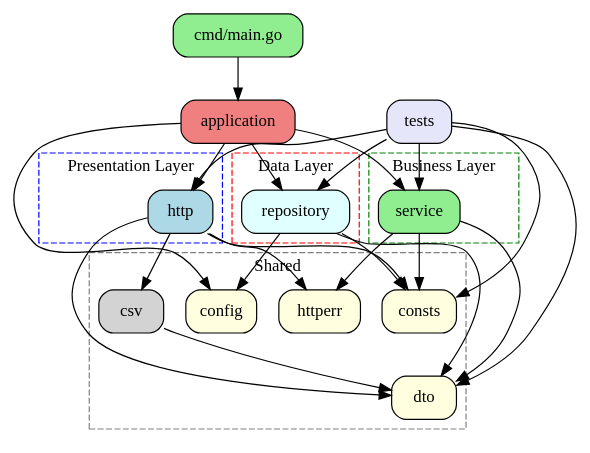
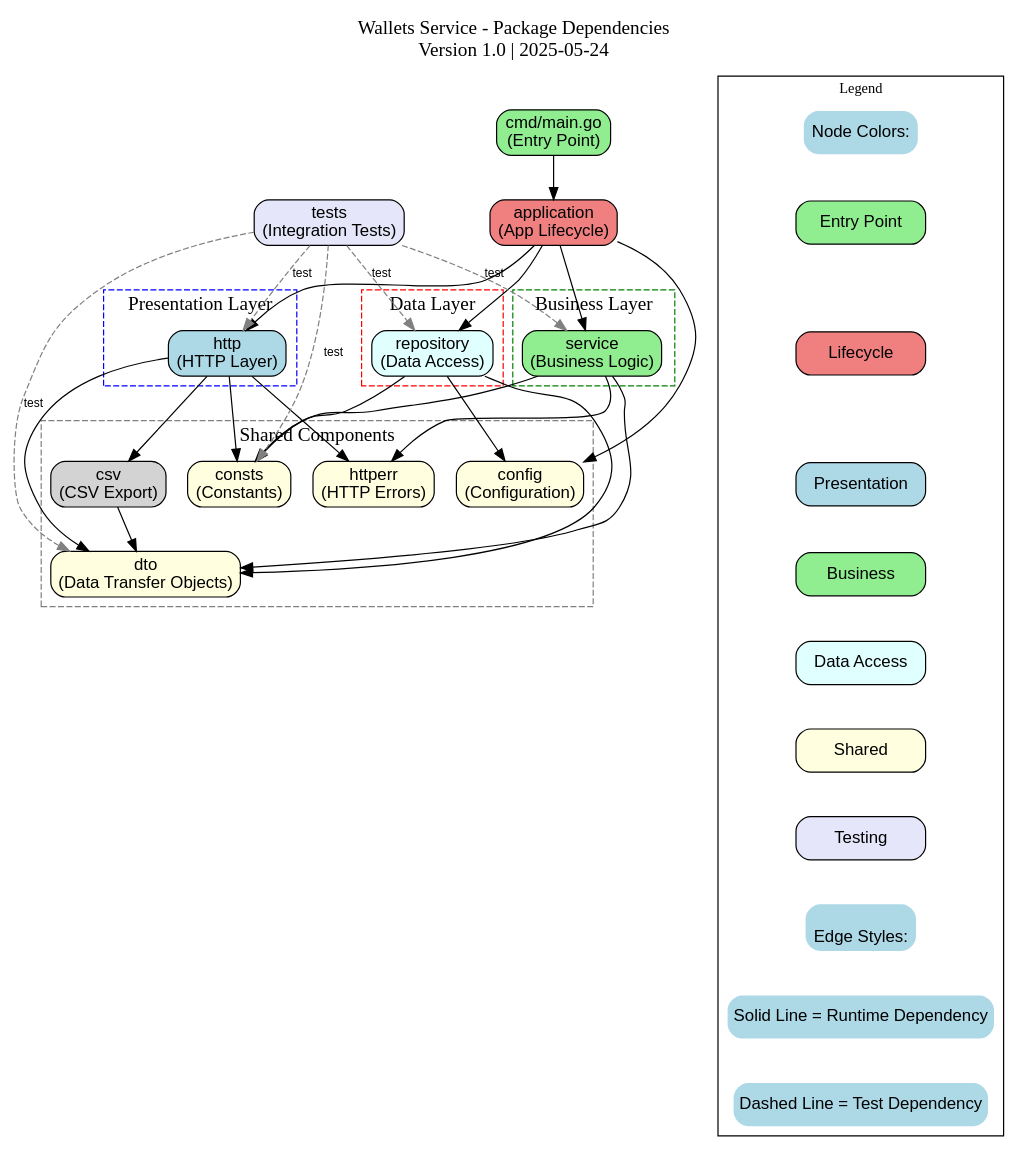
One commit to ezhdanovskiy/wallets changed the diagram in docs/diagrams/package-dependencies.dot. Above: the diagram before and after it, drawn with Graphviz. The commit also changed 2 other files, not shown here.

Commit message:
Update documentation: add English/Russian READMEs, improve diagrams, update Go version to 1.20+

```diff
--- a/docs/diagrams/package-dependencies.dot
+++ b/docs/diagrams/package-dependencies.dot
@@ -1,81 +1,130 @@
+// Package Dependencies Diagram for Wallets Service
+// Generated with Graphviz version 2.43.0
+// Created: 2025-05-24
+// Version: 1.0
+
 digraph PackageDependencies {
+    // Graph settings
     rankdir=TB;
-    node [shape=box, style="rounded,filled", fillcolor=lightblue];
+    node [shape=box, style="rounded,filled", fillcolor=lightblue, fontname="Arial"];
+    edge [fontname="Arial", fontsize=10];
+    
+    // Metadata
+    graph [label="Wallets Service - Package Dependencies\nVersion 1.0 | 2025-05-24", 
+           labelloc="t", 
+           fontsize=16, 
+           fontname="Arial Bold"];
     
     // External entry point
-    main [label="cmd/main.go", fillcolor=lightgreen];
+    main [label="cmd/main.go\n(Entry Point)", fillcolor=lightgreen];
     
     // Internal packages
-    application [label="application", fillcolor=lightcoral];
-    config [label="config", fillcolor=lightyellow];
-    consts [label="consts", fillcolor=lightyellow];
-    csv [label="csv", fillcolor=lightgray];
-    dto [label="dto", fillcolor=lightyellow];
-    http [label="http", fillcolor=lightblue];
-    httperr [label="httperr", fillcolor=lightyellow];
-    repository [label="repository", fillcolor=lightcyan];
-    service [label="service", fillcolor=lightgreen];
-    tests [label="tests", fillcolor=lavender];
+    application [label="application\n(App Lifecycle)", fillcolor=lightcoral];
+    config [label="config\n(Configuration)", fillcolor=lightyellow];
+    consts [label="consts\n(Constants)", fillcolor=lightyellow];
+    csv [label="csv\n(CSV Export)", fillcolor=lightgray];
+    dto [label="dto\n(Data Transfer Objects)", fillcolor=lightyellow];
+    http [label="http\n(HTTP Layer)", fillcolor=lightblue];
+    httperr [label="httperr\n(HTTP Errors)", fillcolor=lightyellow];
+    repository [label="repository\n(Data Access)", fillcolor=lightcyan];
+    service [label="service\n(Business Logic)", fillcolor=lightgreen];
+    tests [label="tests\n(Integration Tests)", fillcolor=lavender];
     
-    // Dependencies
-    main -> application;
+    // Regular dependencies (solid lines)
+    main -> application [style=solid, color=black];
     
-    application -> config;
-    application -> http;
-    application -> repository;
-    application -> service;
+    application -> config [style=solid];
+    application -> http [style=solid];
+    application -> repository [style=solid];
+    application -> service [style=solid];
     
-    csv -> dto;
+    csv -> dto [style=solid];
     
-    http -> consts;
-    http -> csv;
-    http -> dto;
-    http -> httperr;
+    http -> consts [style=solid];
+    http -> csv [style=solid];
+    http -> dto [style=solid];
+    http -> httperr [style=solid];
     
-    repository -> config;
-    repository -> consts;
-    repository -> dto;
+    repository -> config [style=solid];
+    repository -> consts [style=solid];
+    repository -> dto [style=solid];
     
-    service -> consts;
-    service -> dto;
-    service -> httperr;
+    service -> consts [style=solid];
+    service -> dto [style=solid];
+    service -> httperr [style=solid];
     
-    tests -> consts;
-    tests -> dto;
-    tests -> http;
-    tests -> repository;
-    tests -> service;
+    // Test dependencies (dashed lines)
+    tests -> consts [style=dashed, color=gray, label="test"];
+    tests -> dto [style=dashed, color=gray, label="test"];
+    tests -> http [style=dashed, color=gray, label="test"];
+    tests -> repository [style=dashed, color=gray, label="test"];
+    tests -> service [style=dashed, color=gray, label="test"];
     
-    // Subgraph for layers
+    // Layer clusters
     subgraph cluster_presentation {
         label="Presentation Layer";
         style=dashed;
         color=blue;
         http;
     }
     
     subgraph cluster_business {
         label="Business Layer";
         style=dashed;
         color=green;
         service;
     }
     
     subgraph cluster_data {
         label="Data Layer";
         style=dashed;
         color=red;
         repository;
     }
     
     subgraph cluster_shared {
-        label="Shared";
+        label="Shared Components";
         style=dashed;
         color=gray;
         dto;
         consts;
         httperr;
         config;
         csv;
     }
+    
+    // Legend
+    subgraph cluster_legend {
+        label="Legend";
+        style=filled;
+        fillcolor=white;
+        color=black;
+        fontsize=12;
+        
+        // Legend nodes
+        legend1 [shape=plaintext, label="Node Colors:"];
+        entry [label="Entry Point", fillcolor=lightgreen, width=1.5];
+        lifecycle [label="Lifecycle", fillcolor=lightcoral, width=1.5];
+        presentation [label="Presentation", fillcolor=lightblue, width=1.5];
+        business [label="Business", fillcolor=lightgreen, width=1.5];
+        data [label="Data Access", fillcolor=lightcyan, width=1.5];
+        shared [label="Shared", fillcolor=lightyellow, width=1.5];
+        testing [label="Testing", fillcolor=lavender, width=1.5];
+        
+        legend2 [shape=plaintext, label="\nEdge Styles:"];
+        solid_dep [shape=plaintext, label="Solid Line = Runtime Dependency"];
+        dashed_dep [shape=plaintext, label="Dashed Line = Test Dependency"];
+        
+        // Invisible edges to maintain layout
+        legend1 -> entry [style=invis];
+        entry -> lifecycle [style=invis];
+        lifecycle -> presentation [style=invis];
+        presentation -> business [style=invis];
+        business -> data [style=invis];
+        data -> shared [style=invis];
+        shared -> testing [style=invis];
+        testing -> legend2 [style=invis];
+        legend2 -> solid_dep [style=invis];
+        solid_dep -> dashed_dep [style=invis];
+    }
 }
```
